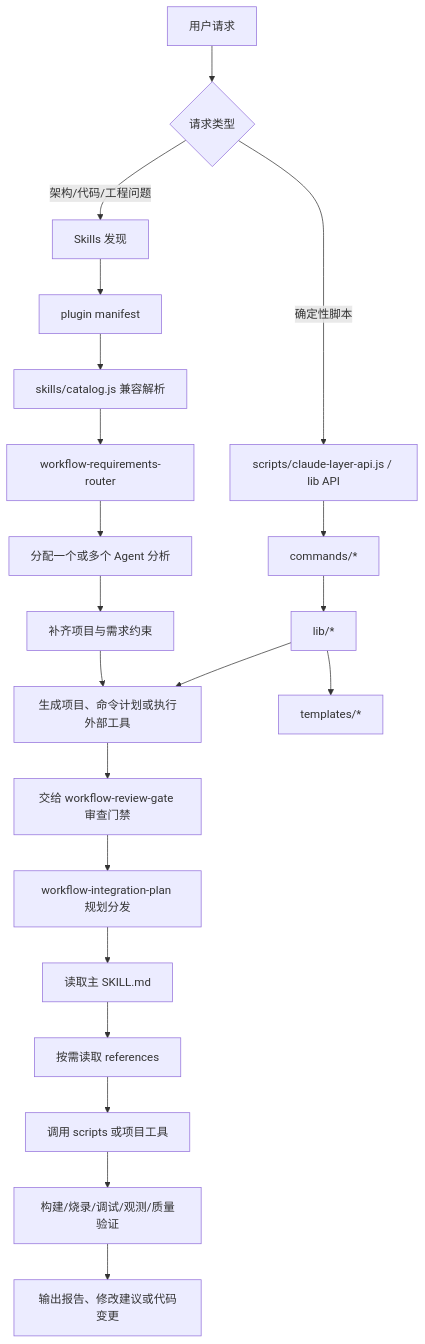
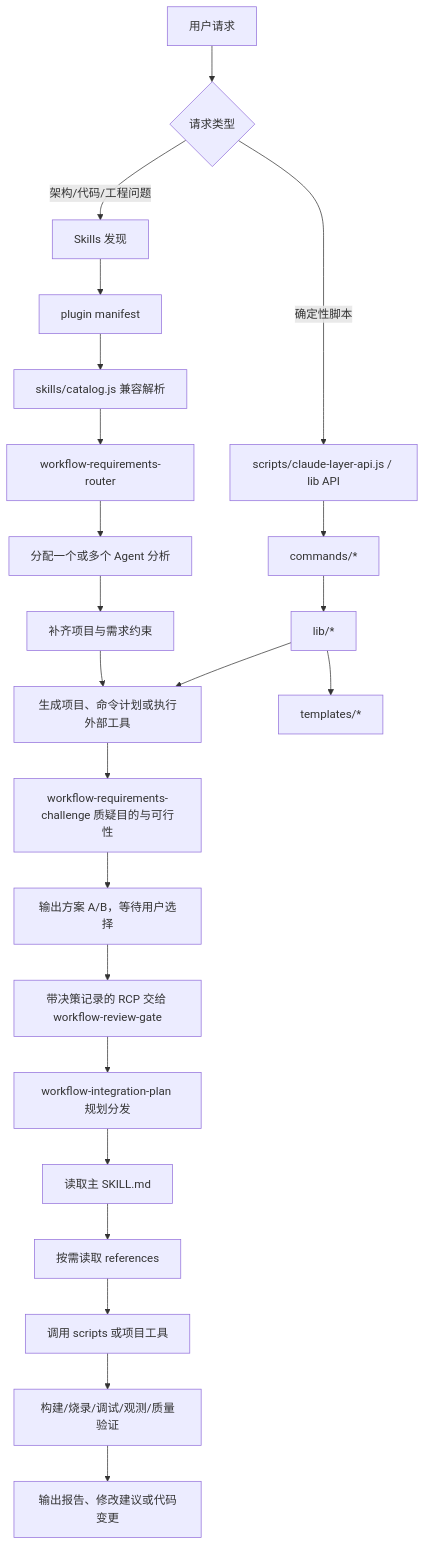
Before and after one commit to shuai-yemao/mcu-workbench: the first of 2 diagrams in docs/plugin-execution-flow.md, drawn with Mermaid. The commit also changed other lines of this file and 147 other files, not shown here.

````diff
--- a/docs/plugin-execution-flow.md
+++ b/docs/plugin-execution-flow.md
@@ -7,26 +7,28 @@
 ```mermaid
 flowchart TD
     U[用户请求] --> D{请求类型}
 
     D -->|架构/代码/工程问题| S0[Skills 发现]
     D -->|确定性脚本| N0[scripts/claude-layer-api.js / lib API]
 
     S0 --> M[plugin manifest]
     M --> C[skills/catalog.js 兼容解析]
     C --> R[workflow-requirements-router]
     R --> A[分配一个或多个 Agent 分析]
     A --> Q[补齐项目与需求约束]
     Q --> P[生成需求约束包提示词]
-    P --> S[交给 workflow-review-gate 审查门禁]
+    P --> C2[workflow-requirements-challenge 质疑目的与可行性]
+    C2 --> Choice[输出方案 A/B，等待用户选择]
+    Choice --> S[带决策记录的 RCP 交给 workflow-review-gate]
     S --> S2[workflow-integration-plan 规划分发]
     S2 --> G[读取主 SKILL.md]
     G --> Ref[按需读取 references]
     Ref --> Tool[调用 scripts 或项目工具]
     Tool --> V[构建/烧录/调试/观测/质量验证]
     V --> O[输出报告、修改建议或代码变更]
 
     N0 --> Cmd[commands/*]
     Cmd --> Lib[lib/*]
     Lib --> T[templates/*]
     Lib --> P[生成项目、命令计划或执行外部工具]
 ```
````
